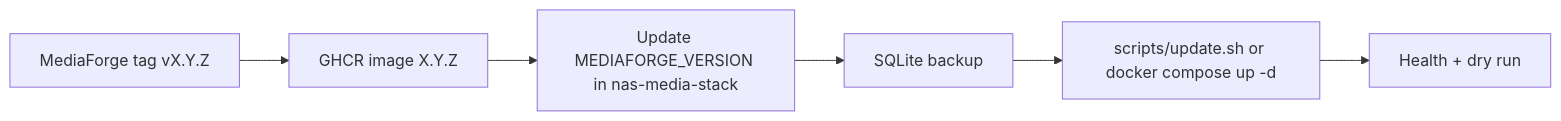
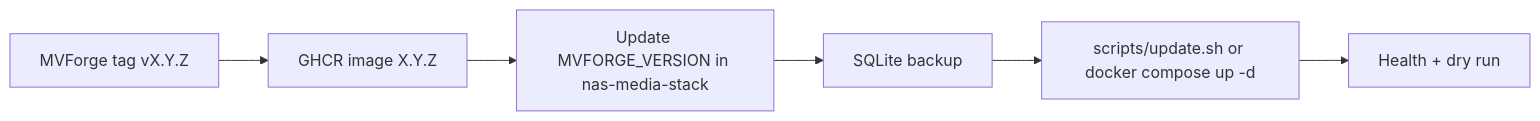
One commit to xxmenioxx/mediaforge changed the second of 2 diagrams in docs/guides/nas-media-stack-integration.md. Above: the diagram before and after it, drawn with Mermaid. The commit also changed other lines of this file and 115 other files, not shown here.

Commit message:
feat: rename MediaForge to MVForge

````diff
--- a/docs/guides/nas-media-stack-integration.md
+++ b/docs/guides/nas-media-stack-integration.md
@@ -174,8 +174,8 @@
 ```mermaid
 flowchart LR
-    TAG["MediaForge tag vX.Y.Z"] --> IMAGE["GHCR image X.Y.Z"]
-    IMAGE --> ENV["Update MEDIAFORGE_VERSION in nas-media-stack"]
+    TAG["MVForge tag vX.Y.Z"] --> IMAGE["GHCR image X.Y.Z"]
+    IMAGE --> ENV["Update MVFORGE_VERSION in nas-media-stack"]
     ENV --> BACKUP["SQLite backup"]
     BACKUP --> UPDATE["scripts/update.sh or docker compose up -d"]
     UPDATE --> VALIDATE["Health + dry run"]
 ```
````
